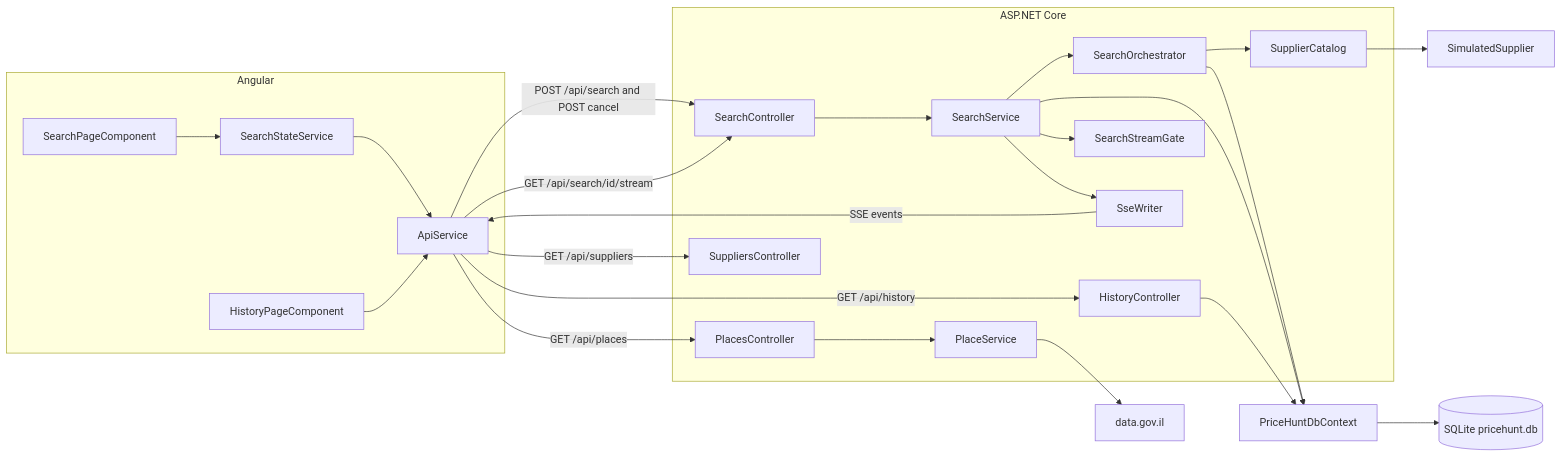
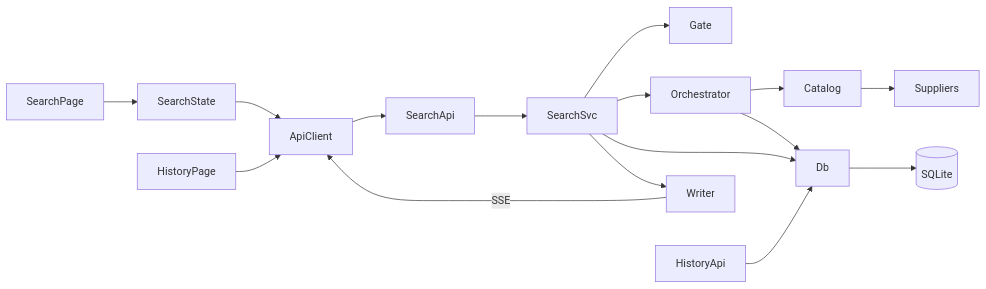
Before and after one commit to BatSheva00/PriceHunt: the diagram in README.md, drawn with Mermaid. The commit also changed other lines of this file and 1 other file, not shown here.

````diff
--- a/README.md
+++ b/README.md
@@ -109,47 +64,15 @@
 ```mermaid
 flowchart LR
-  subgraph angularApp [Angular]
-    SearchPage[SearchPageComponent]
-    HistoryPage[HistoryPageComponent]
-    SearchState[SearchStateService]
-    ApiClient[ApiService]
-  end
-
-  subgraph webApi [ASP.NET Core]
-    SearchApi[SearchController]
-    HistoryApi[HistoryController]
-    PlacesApi[PlacesController]
-    SuppliersApi[SuppliersController]
-    SearchSvc[SearchService]
-    Orchestrator[SearchOrchestrator]
-    Gate[SearchStreamGate]
-    Writer[SseWriter]
-    Places[PlaceService]
-    Catalog[SupplierCatalog]
-  end
-
-  Suppliers[SimulatedSupplier]
-  Db[PriceHuntDbContext]
-  SQLite[(SQLite pricehunt.db)]
-  Gov[data.gov.il]
-
   SearchPage --> SearchState --> ApiClient
   HistoryPage --> ApiClient
-  ApiClient -->|"POST /api/search and POST cancel"| SearchApi
-  ApiClient -->|"GET /api/search/id/stream"| SearchApi
-  ApiClient -->|"GET /api/history"| HistoryApi
-  ApiClient -->|"GET /api/places"| PlacesApi
-  ApiClient -->|"GET /api/suppliers"| SuppliersApi
-  SearchApi --> SearchSvc
+  ApiClient --> SearchApi --> SearchSvc
   SearchSvc --> Gate
   SearchSvc --> Orchestrator
-  SearchSvc --> Writer
-  Orchestrator --> Catalog
-  Catalog --> Suppliers
+  Orchestrator --> Catalog --> Suppliers
   Orchestrator --> Db
   SearchSvc --> Db
   HistoryApi --> Db
-  PlacesApi --> Places --> Gov
-  Writer -->|"SSE events"| ApiClient
-  Db --> SQLite
+  Db --> SQLite[(SQLite)]
+  SearchSvc --> Writer
+  Writer -->|SSE| ApiClient
 ```
````
